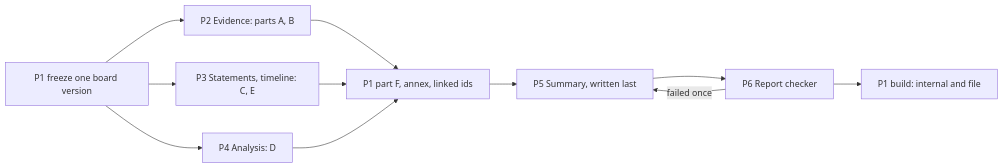
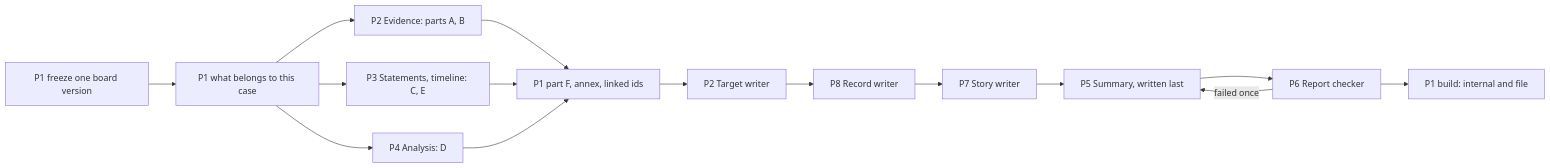
One commit to Ahmed-Raza-Khanzada/Sherlocks-AI-Investigator changed the fourth of 4 diagrams in docs/SHERLOCK_AGENTS.md. Above: the diagram before and after it, drawn with Mermaid. The commit also changed other lines of this file and 12 other files, not shown here.

````diff
--- a/docs/SHERLOCK_AGENTS.md
+++ b/docs/SHERLOCK_AGENTS.md
@@ -492,7 +492,9 @@
 ```mermaid
 flowchart LR
-  freeze["P1 freeze one board version"] --> P2["P2 Evidence: parts A, B"] & P3["P3 Statements, timeline: C, E"] & P4["P4 Analysis: D"]
-  P2 & P3 & P4 --> editor["P1 part F, annex, linked ids"] --> P5["P5 Summary, written last"] --> P6["P6 Report checker"]
+  freeze["P1 freeze one board version"] --> scope["P1 what belongs to this case"]
+  scope --> P2["P2 Evidence: parts A, B"] & P3["P3 Statements, timeline: C, E"] & P4["P4 Analysis: D"]
+  P2 & P3 & P4 --> editor["P1 part F, annex, linked ids"] --> target["P2 Target writer"] --> P8["P8 Record writer"] --> P7["P7 Story writer"]
+  P7 --> P5["P5 Summary, written last"] --> P6["P6 Report checker"]
   P6 -->|failed once| P5
   P6 --> build["P1 build: internal and file"]
 ```
````
